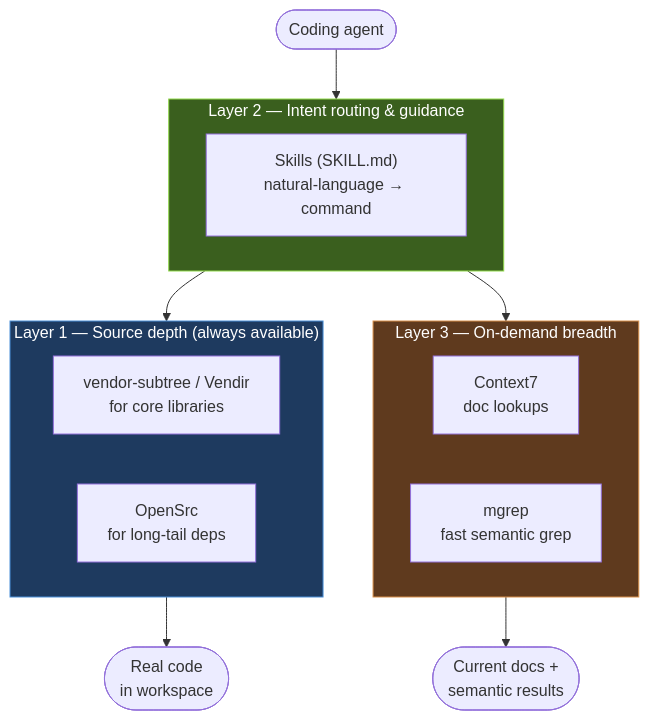
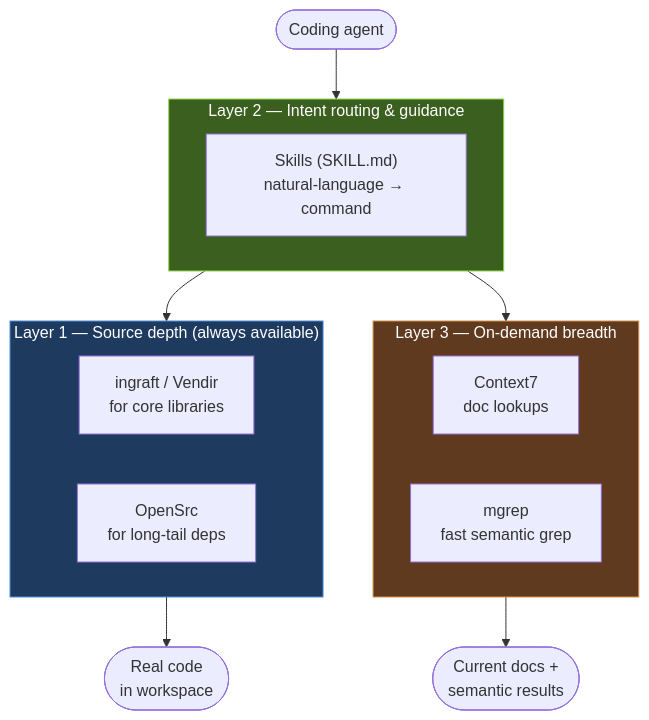
Diagram 13 of 14 in docs/comparison.mdx (gunta/ingraft), drawn with Mermaid before and after one commit. The commit also changed other lines of this file and 225 other files, not shown here.

First line of the commit message:
Refactor project to rename and transition from vendor-subtree to ingraft

````diff
--- a/docs/comparison.mdx
+++ b/docs/comparison.mdx
@@ -726,29 +733,29 @@
 ```mermaid
 flowchart TB
   subgraph Layer1["Layer 1 — Source depth (always available)"]
     direction LR
-    L1A["vendor-subtree / Vendir<br/>for core libraries"]
+    L1A["ingraft / Vendir<br/>for core libraries"]
     L1B["OpenSrc<br/>for long-tail deps"]
   end
 
   subgraph Layer2["Layer 2 — Intent routing & guidance"]
     direction LR
     L2["Skills (SKILL.md)<br/>natural-language → command"]
   end
 
   subgraph Layer3["Layer 3 — On-demand breadth"]
     direction LR
     L3A["Context7<br/>doc lookups"]
     L3B["mgrep<br/>fast semantic grep"]
   end
 
   Agent(["Coding agent"]) --> Layer2
   Layer2 --> Layer1
   Layer2 --> Layer3
   Layer1 --> Code(["Real code<br/>in workspace"])
   Layer3 --> Net(["Current docs +<br/>semantic results"])
 
   style Layer1 fill:#1e3a5f,stroke:#4a90d9,color:#fff
   style Layer2 fill:#3a5f1e,stroke:#90d94a,color:#fff
   style Layer3 fill:#5f3a1e,stroke:#d9904a,color:#fff
 ```
````
